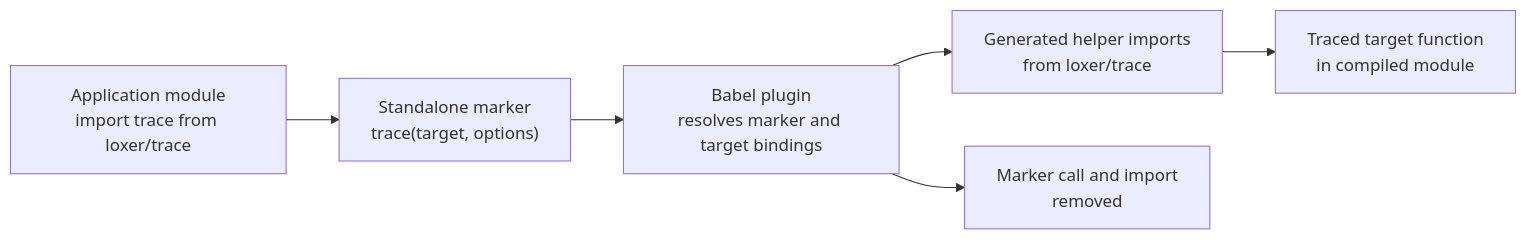
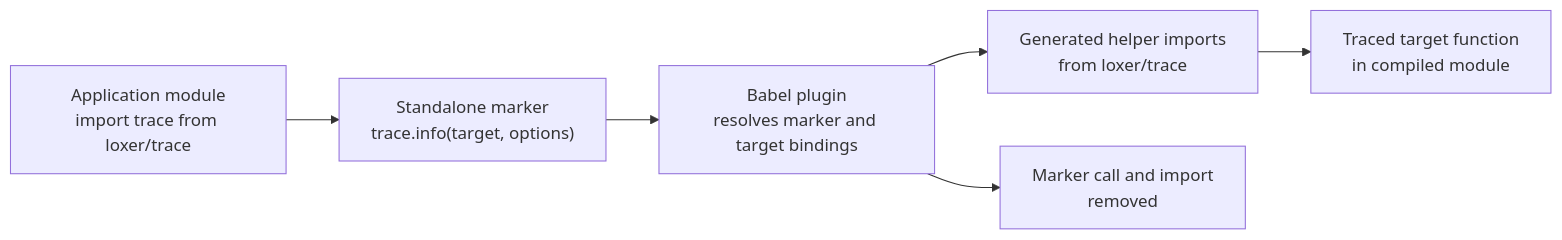
The first of 2 diagrams in packages/babel-plugin-loxer-trace/README.md (achillease/loxer), drawn with Mermaid before and after one commit. The commit also changed other lines of this file and 40 other files, not shown here.

First line of the commit message:
[2026-08-09-tracedirectmoduleshortcuts] Add direct trace module shortcuts

````diff
--- a/packages/babel-plugin-loxer-trace/README.md
+++ b/packages/babel-plugin-loxer-trace/README.md
@@ -78,8 +78,8 @@
 ```mermaid
 flowchart LR
-  A["Application module\nimport trace from loxer/trace"] --> B["Standalone marker\ntrace(target, options)"]
+  A["Application module\nimport trace from loxer/trace"] --> B["Standalone marker\ntrace.info(target, options)"]
   B --> C["Babel plugin\nresolves marker and target bindings"]
   C --> D["Generated helper imports\nfrom loxer/trace"]
   D --> E["Traced target function\nin compiled module"]
   C --> F["Marker call and import\nremoved"]
 ```
````
